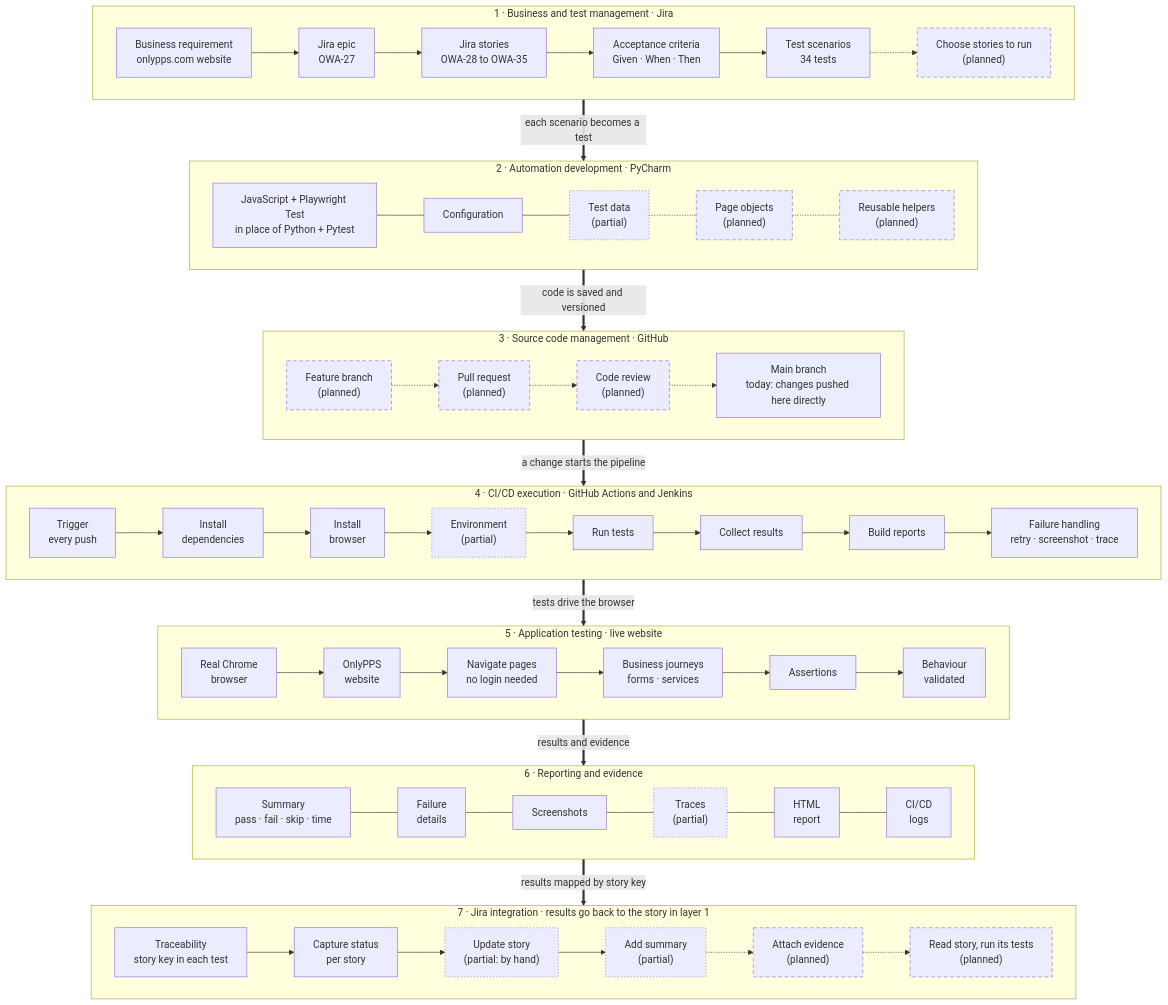
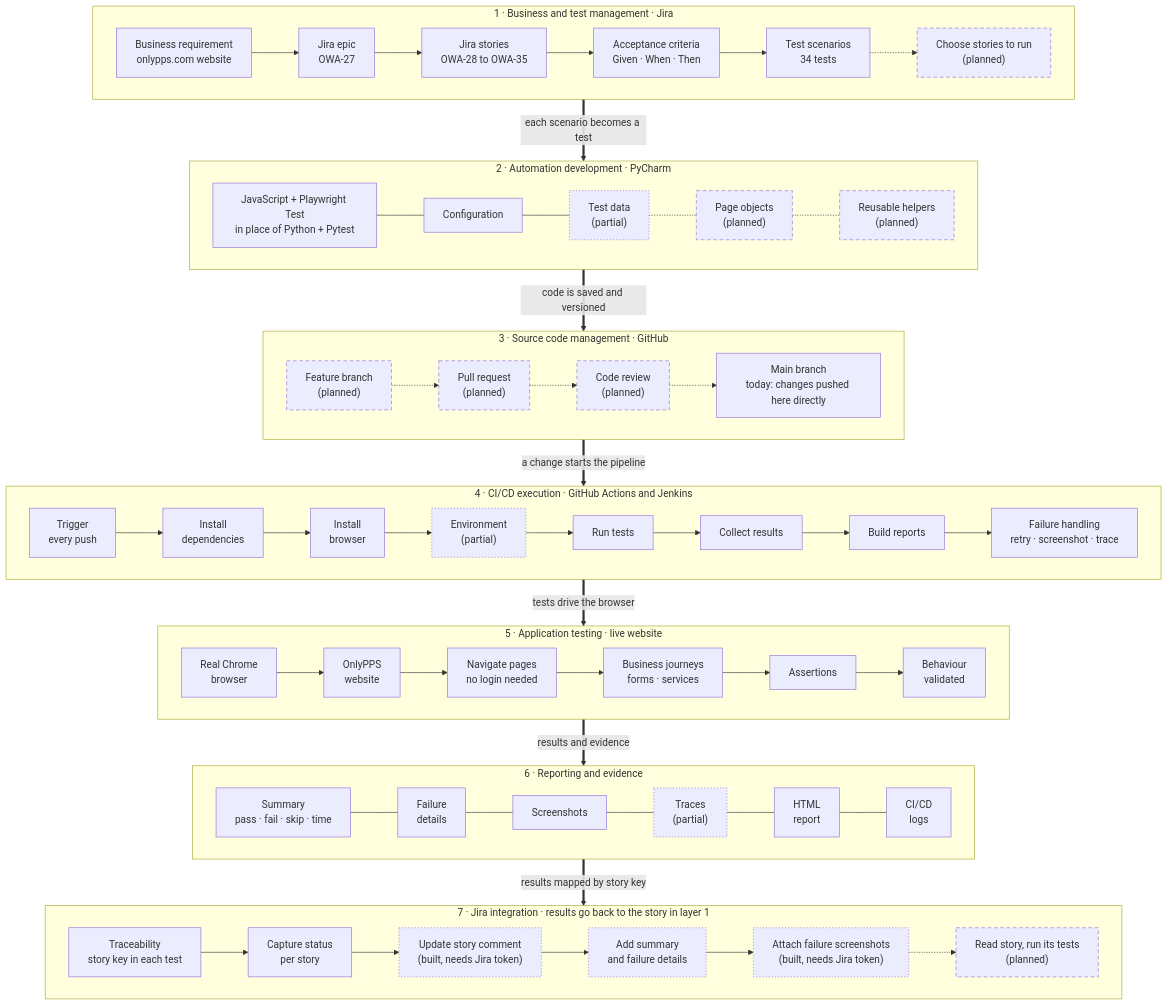
Before and after one commit to OnlyAiOne/playwright-tests: the diagram in docs/architecture.md, drawn with Mermaid. The commit also changed other lines of this file and 6 other files, not shown here.

First line of the commit message:
Post test results to Jira stories from GitHub Actions

````diff
--- a/docs/architecture.md
+++ b/docs/architecture.md
@@ -9,47 +9,47 @@
 ```mermaid
 flowchart TB
   subgraph BUSINESS["1 · Business and test management · Jira"]
     direction LR
     BR["Business requirement<br/>onlypps.com website"] --> EP["Jira epic<br/>OWA-27"] --> ST["Jira stories<br/>OWA-28 to OWA-35"] --> AC["Acceptance criteria<br/>Given · When · Then"] --> TS["Test scenarios<br/>34 tests"] -.-> SEL["Choose stories to run<br/>(planned)"]:::plan
   end
 
   subgraph DEV["2 · Automation development · PyCharm"]
     direction LR
     CODE["JavaScript + Playwright Test<br/>in place of Python + Pytest"] --- CFG["Configuration"] --- DATA["Test data<br/>(partial)"]:::part -.- POM["Page objects<br/>(planned)"]:::plan -.- UTIL["Reusable helpers<br/>(planned)"]:::plan
   end
 
   subgraph SCM["3 · Source code management · GitHub"]
     direction LR
     FB["Feature branch<br/>(planned)"]:::plan -.-> PR["Pull request<br/>(planned)"]:::plan -.-> CR["Code review<br/>(planned)"]:::plan -.-> MAIN["Main branch<br/>today: changes pushed here directly"]
   end
 
   subgraph CICD["4 · CI/CD execution · GitHub Actions and Jenkins"]
     direction LR
     TRIG["Trigger<br/>every push"] --> DEP["Install<br/>dependencies"] --> BRW["Install<br/>browser"] --> ENV["Environment<br/>(partial)"]:::part --> RUN["Run tests"] --> COL["Collect results"] --> REP["Build reports"] --> FAIL["Failure handling<br/>retry · screenshot · trace"]
   end
 
   subgraph APP["5 · Application testing · live website"]
     direction LR
     BROW["Real Chrome<br/>browser"] --> SITE["OnlyPPS<br/>website"] --> NAV["Navigate pages<br/>no login needed"] --> WF["Business journeys<br/>forms · services"] --> AS["Assertions"] --> VAL["Behaviour<br/>validated"]
   end
 
   subgraph EVIDENCE["6 · Reporting and evidence"]
     direction LR
     SUM["Summary<br/>pass · fail · skip · time"] --- FD["Failure<br/>details"] --- SS["Screenshots"] --- TR["Traces<br/>(partial)"]:::part --- HTML["HTML<br/>report"] --- LOG["CI/CD<br/>logs"]
   end
 
   subgraph JIRA["7 · Jira integration · results go back to the story in layer 1"]
     direction LR
-    TRC["Traceability<br/>story key in each test"] --> CAP["Capture status<br/>per story"] --> UPD["Update story<br/>(partial: by hand)"]:::part --> SUMJ["Add summary<br/>(partial)"]:::part -.-> ATT["Attach evidence<br/>(planned)"]:::plan -.-> READ["Read story, run its tests<br/>(planned)"]:::plan
+    TRC["Traceability<br/>story key in each test"] --> CAP["Capture status<br/>per story"] --> UPD["Update story comment<br/>(built, needs Jira token)"]:::part --> SUMJ["Add summary<br/>and failure details"]:::part --> ATT["Attach failure screenshots<br/>(built, needs Jira token)"]:::part -.-> READ["Read story, run its tests<br/>(planned)"]:::plan
   end
 
   BUSINESS ==>|each scenario becomes a test| DEV
   DEV ==>|code is saved and versioned| SCM
   SCM ==>|a change starts the pipeline| CICD
   CICD ==>|tests drive the browser| APP
   APP ==>|results and evidence| EVIDENCE
   EVIDENCE ==>|results mapped by story key| JIRA
 
   classDef plan stroke-dasharray: 6 4
   classDef part stroke-dasharray: 2 3
 ```
````
